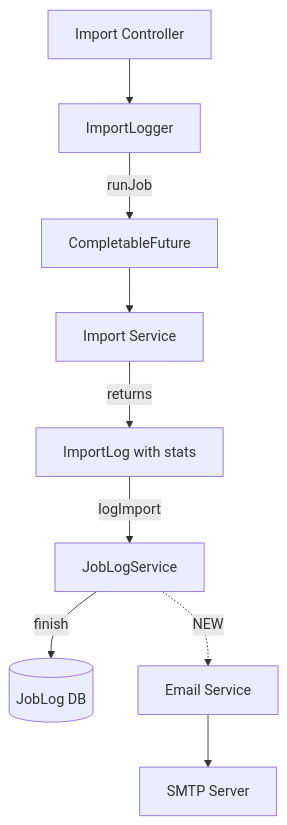
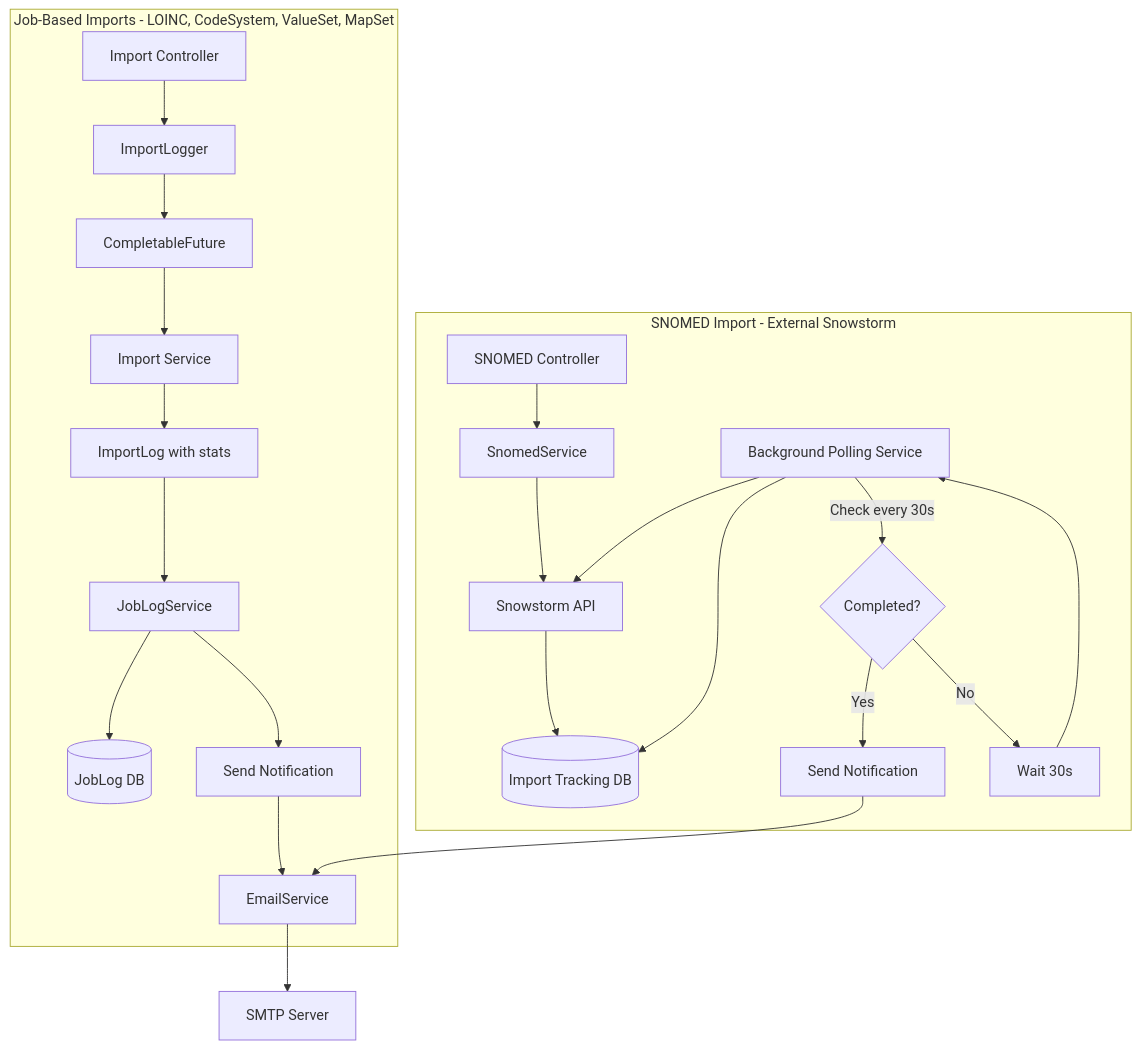
Before and after one commit to termx-health/termx-server: the first of 2 diagrams in docs/features/email-import-notifications.md, drawn with Mermaid. The commit also changed other lines of this file and 7 other files, not shown here.

````diff
--- a/docs/features/email-import-notifications.md
+++ b/docs/features/email-import-notifications.md
@@ -38,11 +306,29 @@
 ```mermaid
 graph TB
-    Controller[Import Controller] --> ImportLogger
-    ImportLogger --> |runJob| AsyncTask[CompletableFuture]
-    AsyncTask --> ImportService[Import Service]
-    ImportService --> |returns| ImportLog[ImportLog with stats]
-    ImportLog --> |logImport| JobLogService
-    JobLogService --> |finish| Database[(JobLog DB)]
-    JobLogService -.-> |NEW| EmailNotification[Email Service]
-    EmailNotification --> SMTP[SMTP Server]
+    subgraph pattern1 [Job-Based Imports - LOINC, CodeSystem, ValueSet, MapSet]
+        Controller1[Import Controller] --> ImportLogger
+        ImportLogger --> AsyncTask1[CompletableFuture]
+        AsyncTask1 --> ImportService1[Import Service]
+        ImportService1 --> ImportLog1[ImportLog with stats]
+        ImportLog1 --> JobLogService
+        JobLogService --> Database1[(JobLog DB)]
+        JobLogService --> EmailHook[Send Notification]
+        EmailHook --> EmailService
+    end
+    
+    subgraph pattern2 [SNOMED Import - External Snowstorm]
+        Controller2[SNOMED Controller] --> SnomedService
+        SnomedService --> Snowstorm[Snowstorm API]
+        Snowstorm --> TrackingDB[(Import Tracking DB)]
+        
+        PollingService[Background Polling Service] --> TrackingDB
+        PollingService --> Snowstorm
+        PollingService --> |Check every 30s| StatusCheck{Completed?}
+        StatusCheck -->|Yes| SendEmail[Send Notification]
+        StatusCheck -->|No| Wait[Wait 30s]
+        Wait --> PollingService
+        SendEmail --> EmailService
+    end
+    
+    EmailService --> SMTP[SMTP Server]
 ```
````
